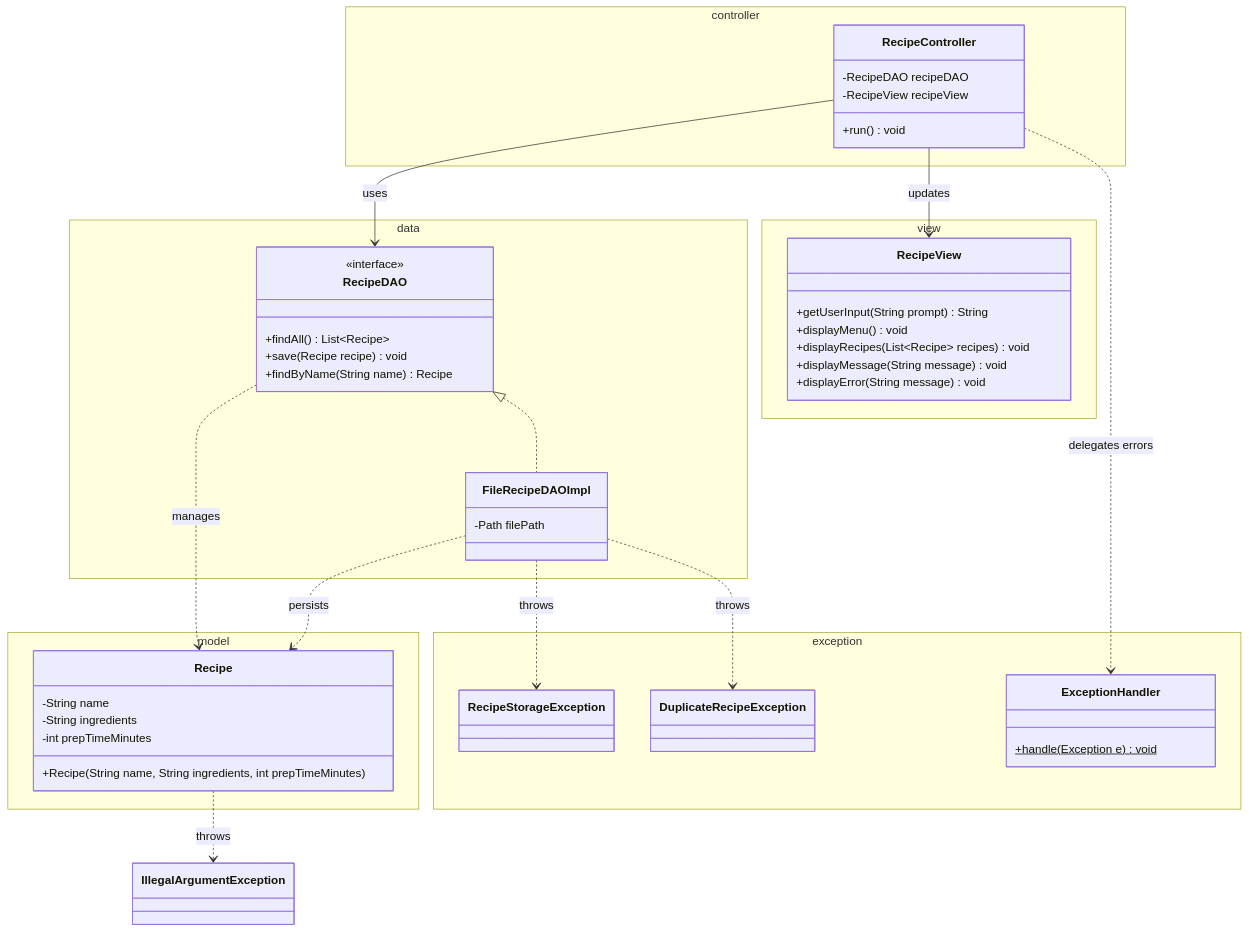
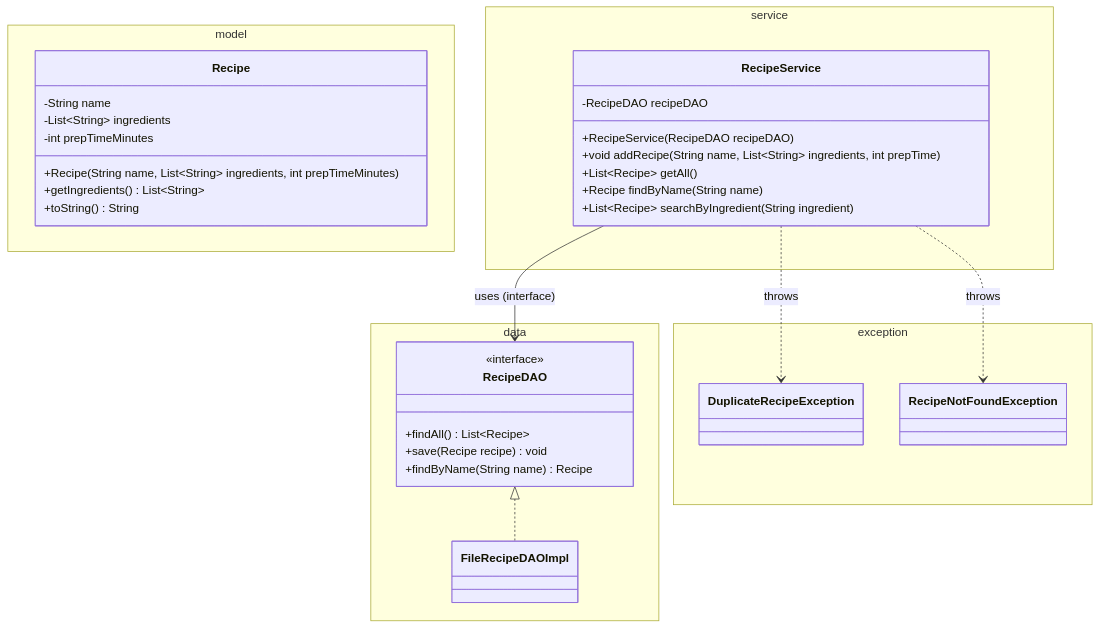
One commit to ihabau/Lexicon_WS_Exception changed the second of 3 diagrams in Workshop_6_Recipe_Manager.md. Above: the diagram before and after it, drawn with Mermaid. The commit also changed other lines of this file and 1 other file, not shown here.

Commit message:
Docs: step 6 worksheet (Recipe Manager) - service layer, flowcharts, 7 hints

````diff
--- a/Workshop_6_Recipe_Manager.md
+++ b/Workshop_6_Recipe_Manager.md
@@ -39,61 +79,44 @@
 ```mermaid
 classDiagram
     namespace model {
         class Recipe {
             -String name
-            -String ingredients
+            -List~String~ ingredients
             -int prepTimeMinutes
-            +Recipe(String name, String ingredients, int prepTimeMinutes)
+            +Recipe(String name, List~String~ ingredients, int prepTimeMinutes)
+            +getIngredients() List~String~
+            +toString() String
         }
     }
 
     namespace data {
         class RecipeDAO {
             <<interface>>
             +findAll() List~Recipe~
             +save(Recipe recipe) void
             +findByName(String name) Recipe
         }
-        class FileRecipeDAOImpl {
-            -Path filePath
-        }
+        class FileRecipeDAOImpl
     }
 
-    namespace view {
-        class RecipeView {
-            +getUserInput(String prompt) String
-            +displayMenu() void
-            +displayRecipes(List~Recipe~ recipes) void
-            +displayMessage(String message) void
-            +displayError(String message) void
-        }
-    }
-
-    namespace controller {
-        class RecipeController {
+    namespace service {
+        class RecipeService {
             -RecipeDAO recipeDAO
-            -RecipeView recipeView
-            +run() void
+            +RecipeService(RecipeDAO recipeDAO)
+            +void addRecipe(String name, List~String~ ingredients, int prepTime)
+            +List~Recipe~ getAll()
+            +Recipe findByName(String name)
+            +List~Recipe~ searchByIngredient(String ingredient)
         }
     }
 
     namespace exception {
-        class RecipeStorageException { }
-        class DuplicateRecipeException { }
-        class ExceptionHandler {
-            +handle(Exception e)$ void
-        }
+        class DuplicateRecipeException
+        class RecipeNotFoundException
     }
 
     RecipeDAO <|.. FileRecipeDAOImpl
-    RecipeController --> RecipeDAO : uses
-    RecipeController --> RecipeView : updates
-    RecipeController ..> ExceptionHandler : delegates errors
-
-    RecipeDAO ..> Recipe : manages
-    FileRecipeDAOImpl ..> Recipe : persists
-
-    Recipe ..> IllegalArgumentException : throws
-    FileRecipeDAOImpl ..> RecipeStorageException : throws
-    FileRecipeDAOImpl ..> DuplicateRecipeException : throws
+    RecipeService --> RecipeDAO : uses (interface)
+    RecipeService ..> DuplicateRecipeException : throws
+    RecipeService ..> RecipeNotFoundException : throws
 ```
````
